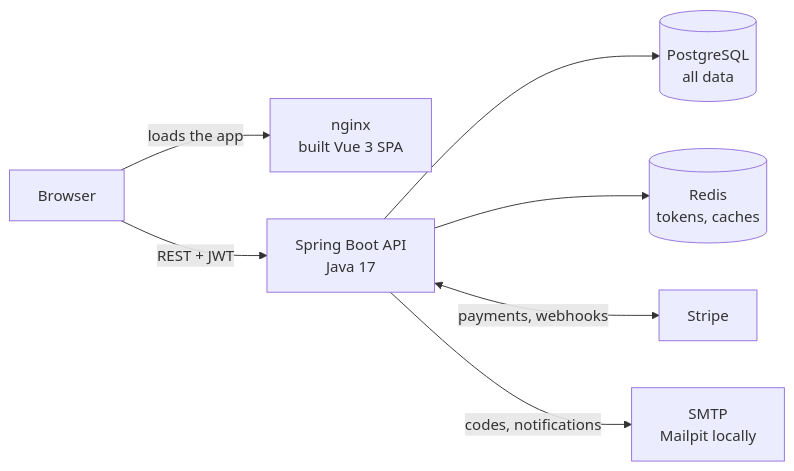
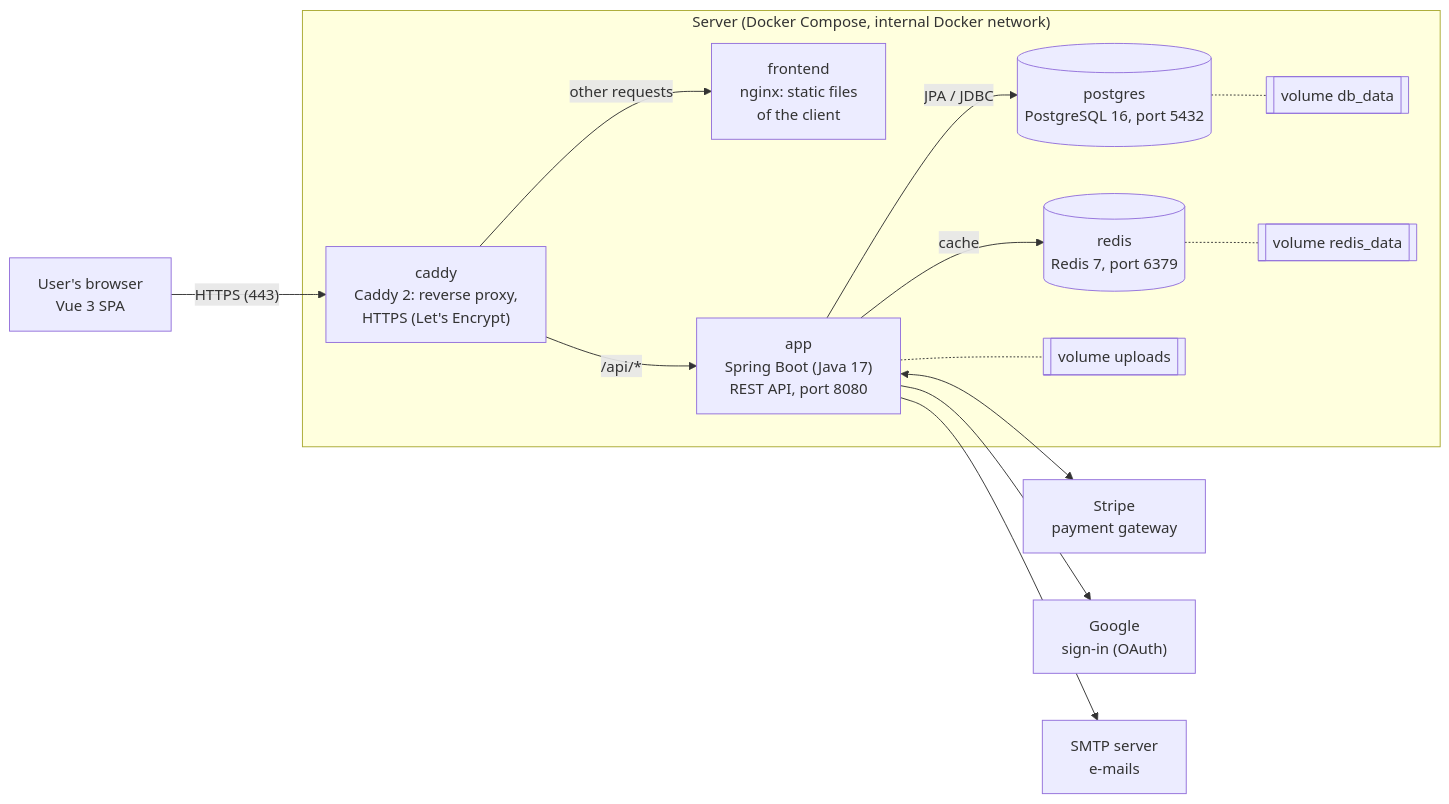
Before and after one commit to MAX959954/hotel-reservation-system: the first of 4 diagrams in README.md, drawn with Mermaid. The commit also changed other lines of this file and 1 other file, not shown here.

First line of the commit message:
docs: align README and architecture diagrams with the thesis

````diff
--- a/README.md
+++ b/README.md
@@ -152,9 +154,29 @@
 ```mermaid
 flowchart LR
-    B["Browser"] -->|"loads the app"| N["nginx<br/>built Vue 3 SPA"]
-    B -->|"REST + JWT"| A["Spring Boot API<br/>Java 17"]
-    A --> P[("PostgreSQL<br/>all data")]
-    A --> R[("Redis<br/>tokens, caches")]
-    A <-->|"payments, webhooks"| S["Stripe"]
-    A -->|"codes, notifications"| M["SMTP<br/>Mailpit locally"]
+    B["User's browser<br/>Vue 3 SPA"]
+    subgraph Server["Server (Docker Compose, internal Docker network)"]
+        C["caddy<br/>Caddy 2: reverse proxy,<br/>HTTPS (Let's Encrypt)"]
+        F["frontend<br/>nginx: static files<br/>of the client"]
+        A["app<br/>Spring Boot (Java 17)<br/>REST API, port 8080"]
+        P[("postgres<br/>PostgreSQL 16, port 5432")]
+        R[("redis<br/>Redis 7, port 6379")]
+        VU[["volume uploads"]]
+        VD[["volume db_data"]]
+        VR[["volume redis_data"]]
+    end
+    S["Stripe<br/>payment gateway"]
+    G["Google<br/>sign-in (OAuth)"]
+    M["SMTP server<br/>e-mails"]
+
+    B -->|"HTTPS (443)"| C
+    C -->|"other requests"| F
+    C -->|"/api/*"| A
+    A -->|"JPA / JDBC"| P
+    A -->|cache| R
+    A -.- VU
+    P -.- VD
+    R -.- VR
+    A <--> S
+    A --> G
+    A --> M
 ```
````
